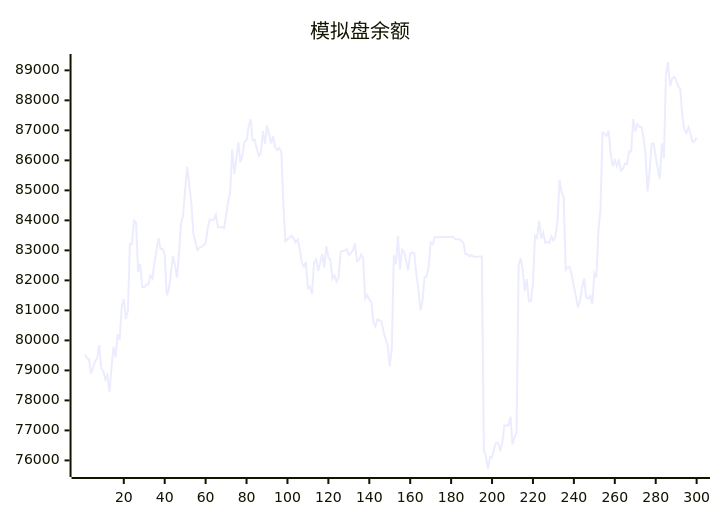
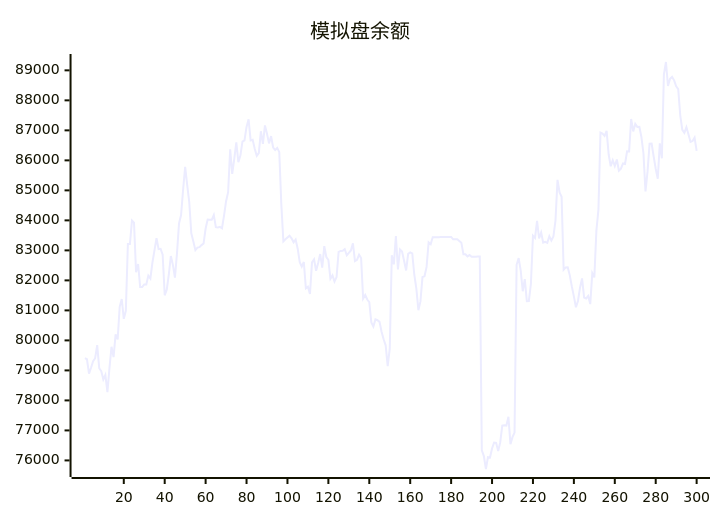
The diagram in README.md (aahl/ai-trading), drawn with Mermaid before and after one commit. The commit also changed other lines of this file and 1 other file, not shown here.

````diff
--- a/README.md
+++ b/README.md
@@ -5,5 +5,5 @@
 ```mermaid
 xychart
     title "模拟盘余额"
-    line [79542,79406,79371,78893,79087,79304,79406,79841,79072,78978,78696,78846,78272,79085,79787,79442,80198,80031,81120,81379,80718,80985,83214,83212,83993,83921,82270,82547,81776,81776,81866,81866,82158,82061,82596,83000,83408,83041,83050,82858,81503,81691,82188,82812,82517,82092,82901,83898,84180,85030,85781,85178,84604,83569,83298,83008,83093,83107,83175,83228,83729,84025,84017,84019,84177,83775,83762,83785,83738,84160,84639,84939,86370,85548,86046,86599,85942,86161,86622,86664,87115,87369,86666,86685,86384,86152,86243,86969,86548,87164,86885,86566,86809,86427,86348,86417,86273,84538,83299,83369,83430,83490,83404,83270,83362,83056,82605,82459,82614,81734,81788,81551,82598,82702,82320,82580,82878,82426,83139,82778,82686,82056,82166,81963,82110,82951,82983,82984,83038,82838,82915,82998,83235,82642,82682,82858,82746,81396,81512,81362,81277,80600,80461,80699,80673,80616,80288,80038,79836,79142,79722,82837,82533,83480,82366,83032,82960,82654,82330,82883,82934,82901,82188,81728,81005,81298,82110,82135,82449,83264,83203,83440,83439,83440,83440,83446,83447,83448,83447,83448,83449,83369,83369,83369,83313,83256,82872,82873,82801,82844,82785,82791,82791,82793,82794,76339,76145,75714,76110,76096,76397,76594,76585,76310,76607,77160,77170,77160,77456,76541,76774,76927,82520,82744,82337,81639,82040,81307,81314,81887,83490,83414,83984,83396,83594,83261,83287,83253,83470,83327,83465,83987,85348,84930,84786,82355,82433,82438,82167,81795,81466,81105,81315,81756,82064,81426,81398,81481,81210,82242,82099,83658,84359,86925,86892,86814,86980,86203,85802,86003,85811,86028,85657,85721,85896,85880,86300,86299,87378,86965,87214,87115,87118,86780,86238,84966,85623,86555,86562,86129,85722,85387,86569,86070,88870,89278,88477,88720,88781,88668,88467,88372,87493,87018,86917,87102,86870,86613,86644,86758]
+    line [79406,79371,78893,79087,79304,79406,79841,79072,78978,78696,78846,78272,79085,79787,79442,80198,80031,81120,81379,80718,80985,83214,83212,83993,83921,82270,82547,81776,81776,81866,81866,82158,82061,82596,83000,83408,83041,83050,82858,81503,81691,82188,82812,82517,82092,82901,83898,84180,85030,85781,85178,84604,83569,83298,83008,83093,83107,83175,83228,83729,84025,84017,84019,84177,83775,83762,83785,83738,84160,84639,84939,86370,85548,86046,86599,85942,86161,86622,86664,87115,87369,86666,86685,86384,86152,86243,86969,86548,87164,86885,86566,86809,86427,86348,86417,86273,84538,83299,83369,83430,83490,83404,83270,83362,83056,82605,82459,82614,81734,81788,81551,82598,82702,82320,82580,82878,82426,83139,82778,82686,82056,82166,81963,82110,82951,82983,82984,83038,82838,82915,82998,83235,82642,82682,82858,82746,81396,81512,81362,81277,80600,80461,80699,80673,80616,80288,80038,79836,79142,79722,82837,82533,83480,82366,83032,82960,82654,82330,82883,82934,82901,82188,81728,81005,81298,82110,82135,82449,83264,83203,83440,83439,83440,83440,83446,83447,83448,83447,83448,83449,83369,83369,83369,83313,83256,82872,82873,82801,82844,82785,82791,82791,82793,82794,76339,76145,75714,76110,76096,76397,76594,76585,76310,76607,77160,77170,77160,77456,76541,76774,76927,82520,82744,82337,81639,82040,81307,81314,81887,83490,83414,83984,83396,83594,83261,83287,83253,83470,83327,83465,83987,85348,84930,84786,82355,82433,82438,82167,81795,81466,81105,81315,81756,82064,81426,81398,81481,81210,82242,82099,83658,84359,86925,86892,86814,86980,86203,85802,86003,85811,86028,85657,85721,85896,85880,86300,86299,87378,86965,87214,87115,87118,86780,86238,84966,85623,86555,86562,86129,85722,85387,86569,86070,88870,89278,88477,88720,88781,88668,88467,88372,87493,87018,86917,87102,86870,86613,86644,86758,86317]
 ```
````
